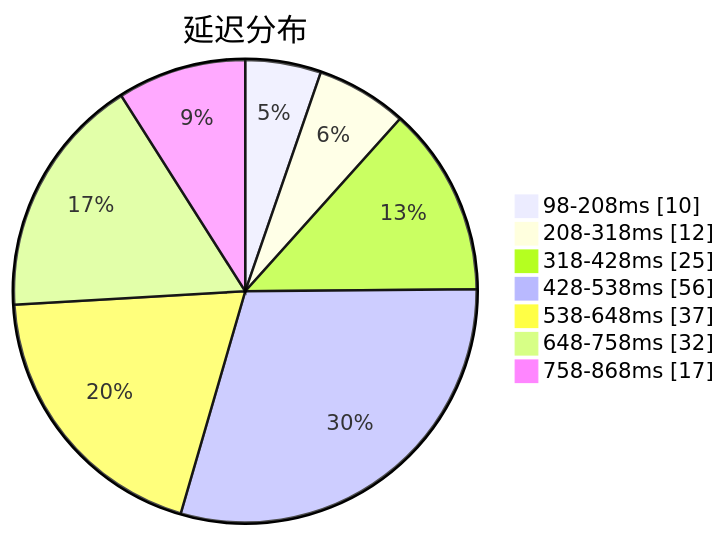
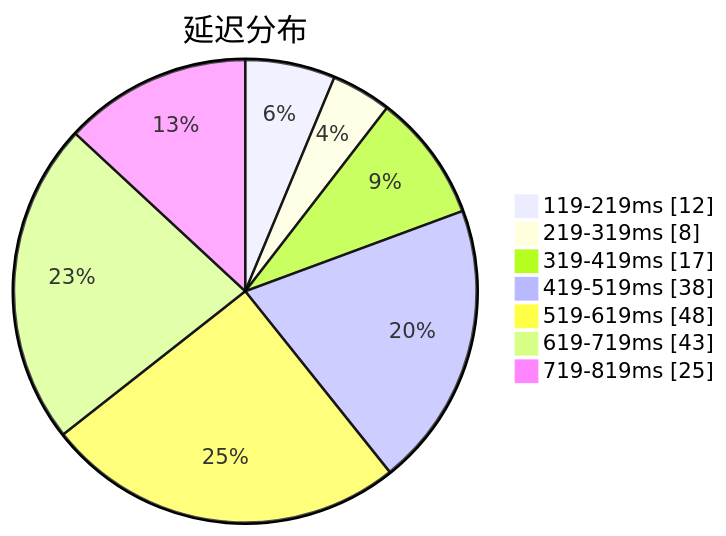
The first of 3 diagrams in subs/statistics/tested_within.md (sinspired/airport), drawn with Mermaid before and after one commit. The commit also changed other lines of this file and 2 other files, not shown here.

````diff
--- a/subs/statistics/tested_within.md
+++ b/subs/statistics/tested_within.md
@@ -2,11 +2,11 @@
 ```mermaid
 pie showData
 title 延迟分布
-"98-208ms" : 10
-"208-318ms" : 12
-"318-428ms" : 25
-"428-538ms" : 56
-"538-648ms" : 37
-"648-758ms" : 32
-"758-868ms" : 17
+"119-219ms" : 12
+"219-319ms" : 8
+"319-419ms" : 17
+"419-519ms" : 38
+"519-619ms" : 48
+"619-719ms" : 43
+"719-819ms" : 25
 ```
````
